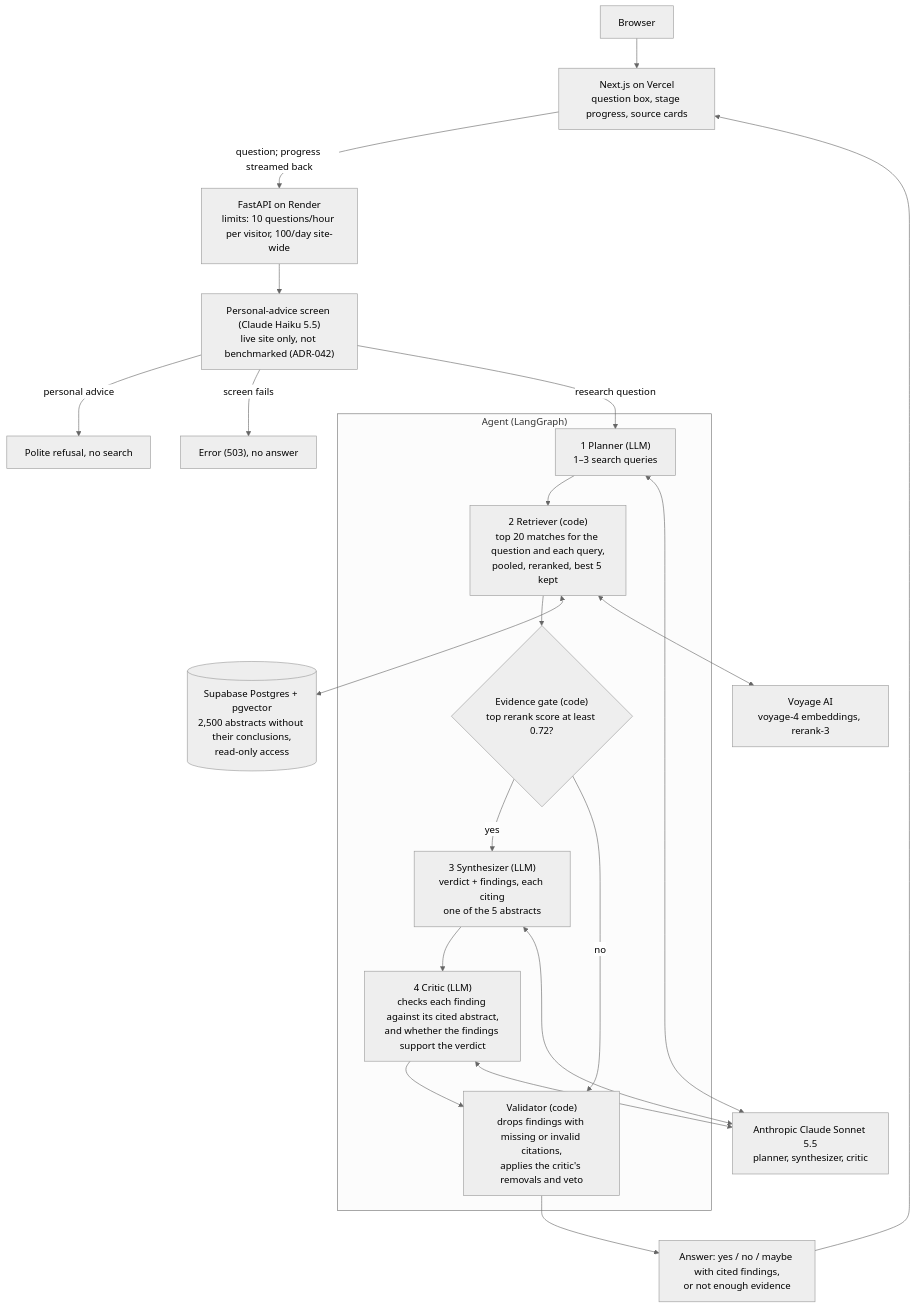
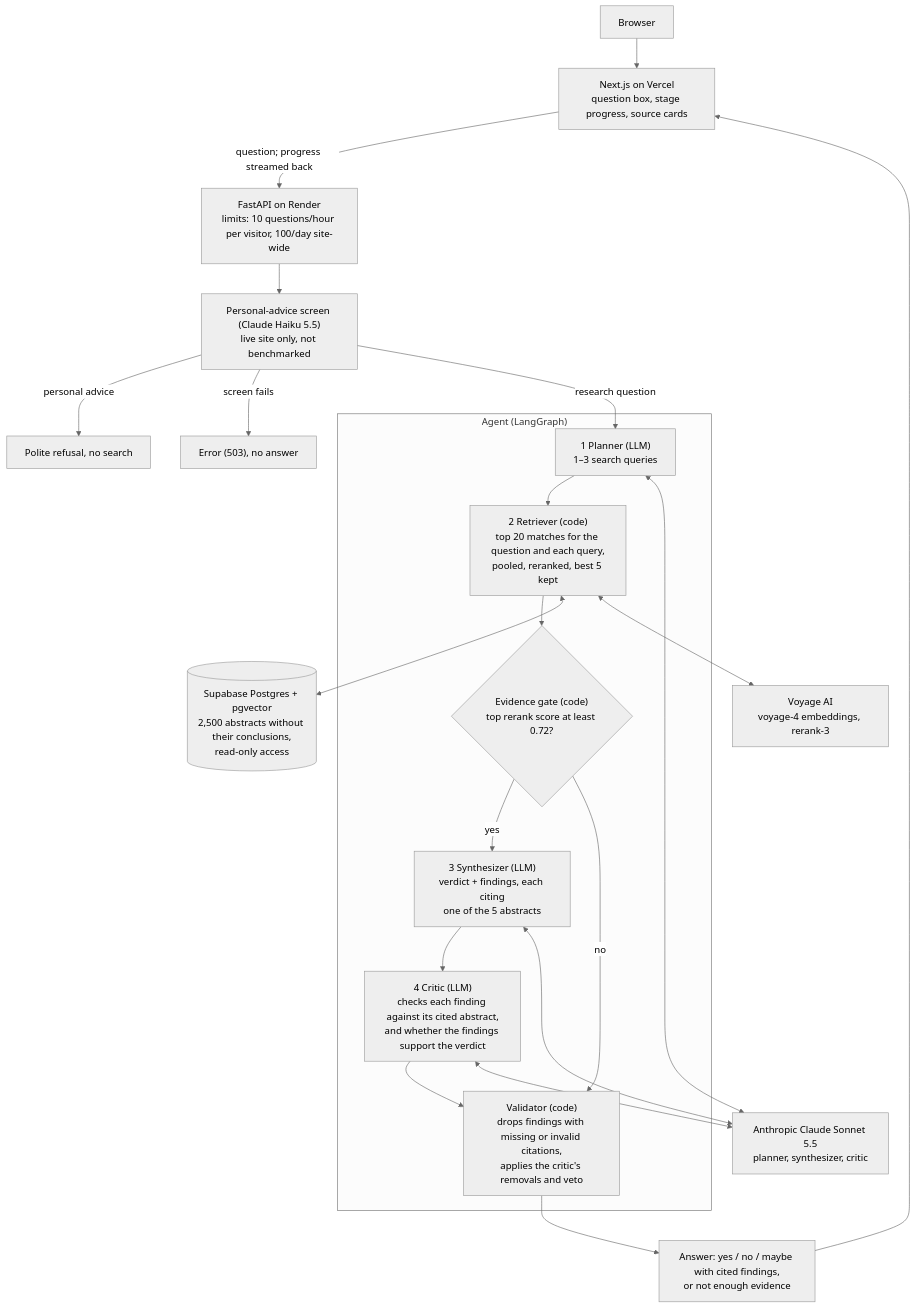
The diagram in README.md (Prabh54/groundedmed), drawn with Mermaid (neutral theme) before and after one commit. The commit also changed other lines of this file and 112 other files, not shown here.

````diff
--- a/README.md
+++ b/README.md
@@ -47,25 +47,25 @@
 ```mermaid
 flowchart TD
     U[Browser] --> FE["Next.js on Vercel<br/>question box, stage progress, source cards"]
     FE -- "question; progress streamed back" --> API["FastAPI on Render<br/>limits: 10 questions/hour per visitor, 100/day site-wide"]
-    API --> ADV["Personal-advice screen (Claude Haiku 5.5)<br/>live site only, not benchmarked (ADR-042)"]
+    API --> ADV["Personal-advice screen (Claude Haiku 5.5)<br/>live site only, not benchmarked"]
     ADV -- "personal advice" --> REF["Polite refusal, no search"]
     ADV -- "screen fails" --> ERR["Error (503), no answer"]
     ADV -- "research question" --> PL
 
     subgraph AGENT ["Agent (LangGraph)"]
         PL["1 Planner (LLM)<br/>1–3 search queries"] --> RT["2 Retriever (code)<br/>top 20 matches for the question and each query,<br/>pooled, reranked, best 5 kept"]
         RT --> GT{"Evidence gate (code)<br/>top rerank score at least 0.72?"}
         GT -- yes --> SY["3 Synthesizer (LLM)<br/>verdict + findings, each citing<br/>one of the 5 abstracts"]
         SY --> CR["4 Critic (LLM)<br/>checks each finding against its cited abstract,<br/>and whether the findings support the verdict"]
         CR --> VA["Validator (code)<br/>drops findings with missing or invalid citations,<br/>applies the critic's removals and veto"]
         GT -- no --> VA
     end
 
     RT <--> DB[("Supabase Postgres + pgvector<br/>2,500 abstracts without their conclusions,<br/>read-only access")]
     RT <--> VY["Voyage AI<br/>voyage-4 embeddings, rerank-3"]
     CL["Anthropic Claude Sonnet 5.5<br/>planner, synthesizer, critic"]
     PL & SY & CR <--> CL
     VA --> OUT["Answer: yes / no / maybe with cited findings,<br/>or not enough evidence"]
     OUT --> FE
 ```
````
